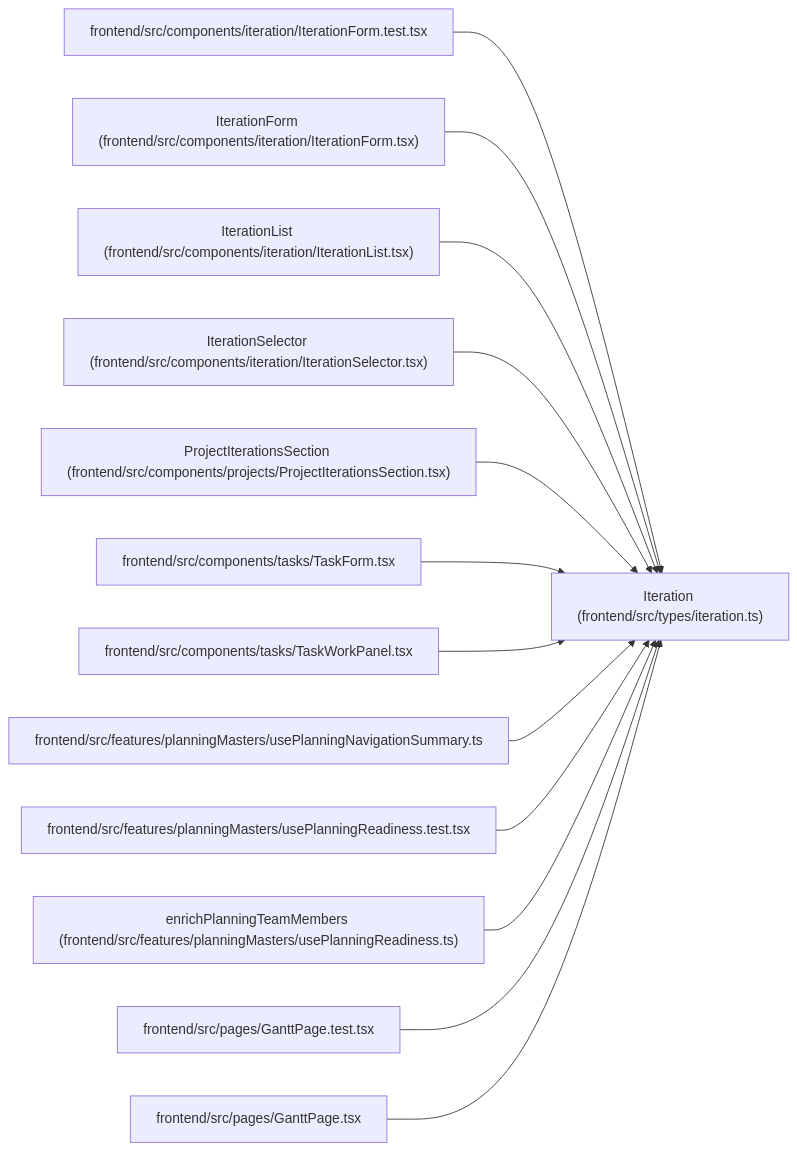
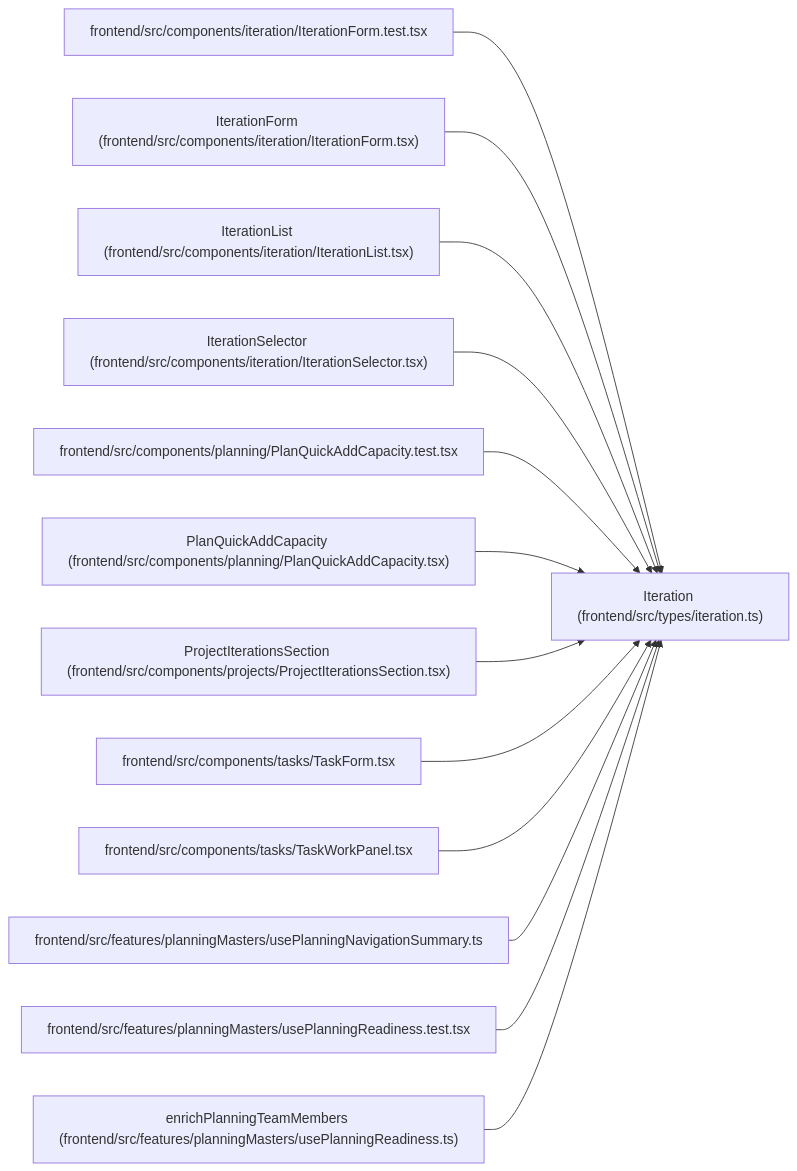
The diagram in docs/llm_wiki/entities/types_iteration_Iteration.md (Denissvgn/WorkChord), drawn with Mermaid before and after one commit. The commit also changed other lines of this file and 854 other files, not shown here.

Commit message:
docs(wiki): refresh for the planning rule, capacity and Gantt input changes

````diff
--- a/docs/llm_wiki/entities/types_iteration_Iteration.md
+++ b/docs/llm_wiki/entities/types_iteration_Iteration.md
@@ -35,41 +35,41 @@
 ```mermaid
 flowchart LR
     n0["Iteration (frontend/src/types/iteration.ts)"]
     n1["frontend/src/components/iteration/IterationForm.test.tsx"]
     n2["IterationForm (frontend/src/components/iteration/IterationForm.tsx)"]
     n3["IterationList (frontend/src/components/iteration/IterationList.tsx)"]
     n4["IterationSelector (frontend/src/components/iteration/IterationSelector.tsx)"]
-    n5["ProjectIterationsSection (frontend/src/components/projects/ProjectIterationsSection.tsx)"]
-    n6["frontend/src/components/tasks/TaskForm.tsx"]
-    n7["frontend/src/components/tasks/TaskWorkPanel.tsx"]
-    n8["frontend/src/features/planningMasters/usePlanningNavigationSummary.ts"]
-    n9["frontend/src/features/planningMasters/usePlanningReadiness.test.tsx"]
-    n10["enrichPlanningTeamMembers (frontend/src/features/planningMasters/usePlanningReadiness.ts)"]
-    n11["frontend/src/pages/GanttPage.test.tsx"]
-    n12["frontend/src/pages/GanttPage.tsx"]
+    n5["frontend/src/components/planning/PlanQuickAddCapacity.test.tsx"]
+    n6["PlanQuickAddCapacity (frontend/src/components/planning/PlanQuickAddCapacity.tsx)"]
+    n7["ProjectIterationsSection (frontend/src/components/projects/ProjectIterationsSection.tsx)"]
+    n8["frontend/src/components/tasks/TaskForm.tsx"]
+    n9["frontend/src/components/tasks/TaskWorkPanel.tsx"]
+    n10["frontend/src/features/planningMasters/usePlanningNavigationSummary.ts"]
+    n11["frontend/src/features/planningMasters/usePlanningReadiness.test.tsx"]
+    n12["enrichPlanningTeamMembers (frontend/src/features/planningMasters/usePlanningReadiness.ts)"]
     n1 --> n0
     n2 --> n0
     n3 --> n0
     n4 --> n0
     n5 --> n0
     n6 --> n0
     n7 --> n0
     n8 --> n0
     n9 --> n0
     n10 --> n0
     n11 --> n0
     n12 --> n0
     click n0 "../modules/types_iteration.md"
     click n1 "../modules/IterationForm.test.md"
     click n2 "../modules/IterationForm.md"
     click n3 "../modules/IterationList.md"
     click n4 "../modules/IterationSelector.md"
-    click n5 "../modules/ProjectIterationsSection.md"
-    click n6 "../modules/TaskForm.md"
-    click n7 "../modules/TaskWorkPanel.md"
-    click n8 "../modules/usePlanningNavigationSummary.md"
-    click n9 "../modules/usePlanningReadiness.test.md"
-    click n10 "../modules/usePlanningReadiness.md"
-    click n11 "../modules/GanttPage.test.md"
-    click n12 "../modules/GanttPage.md"
+    click n5 "../modules/PlanQuickAddCapacity.test.md"
+    click n6 "../modules/PlanQuickAddCapacity.md"
+    click n7 "../modules/ProjectIterationsSection.md"
+    click n8 "../modules/TaskForm.md"
+    click n9 "../modules/TaskWorkPanel.md"
+    click n10 "../modules/usePlanningNavigationSummary.md"
+    click n11 "../modules/usePlanningReadiness.test.md"
+    click n12 "../modules/usePlanningReadiness.md"
 ```
````
